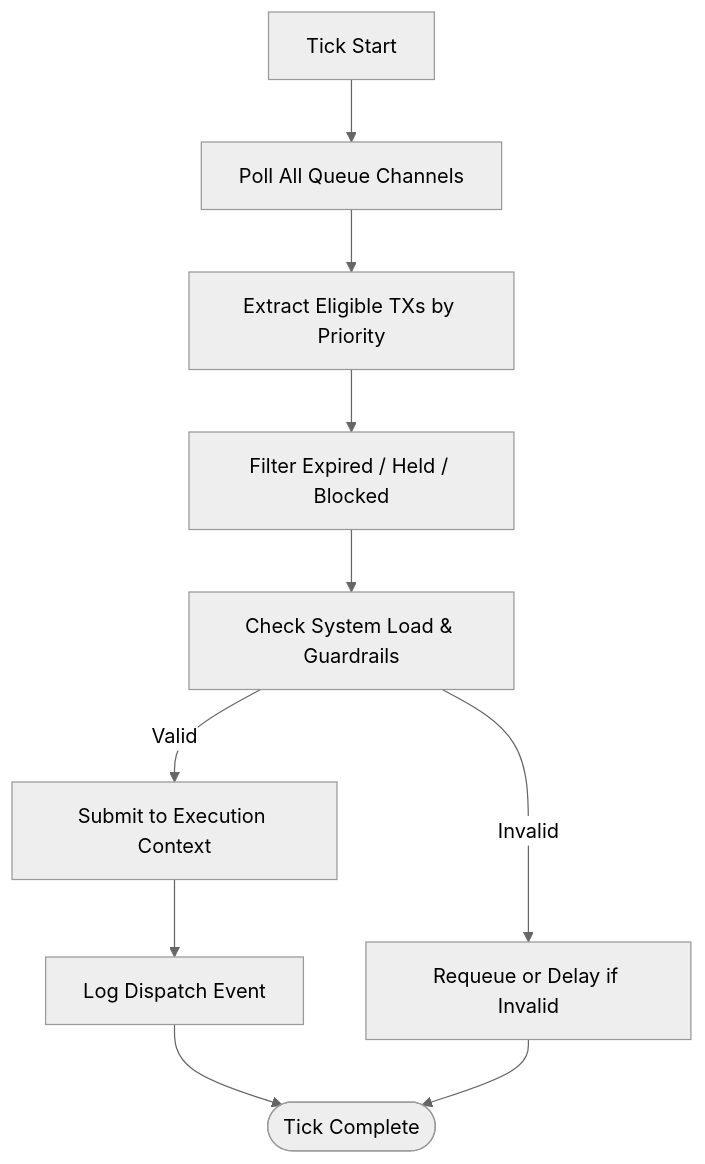
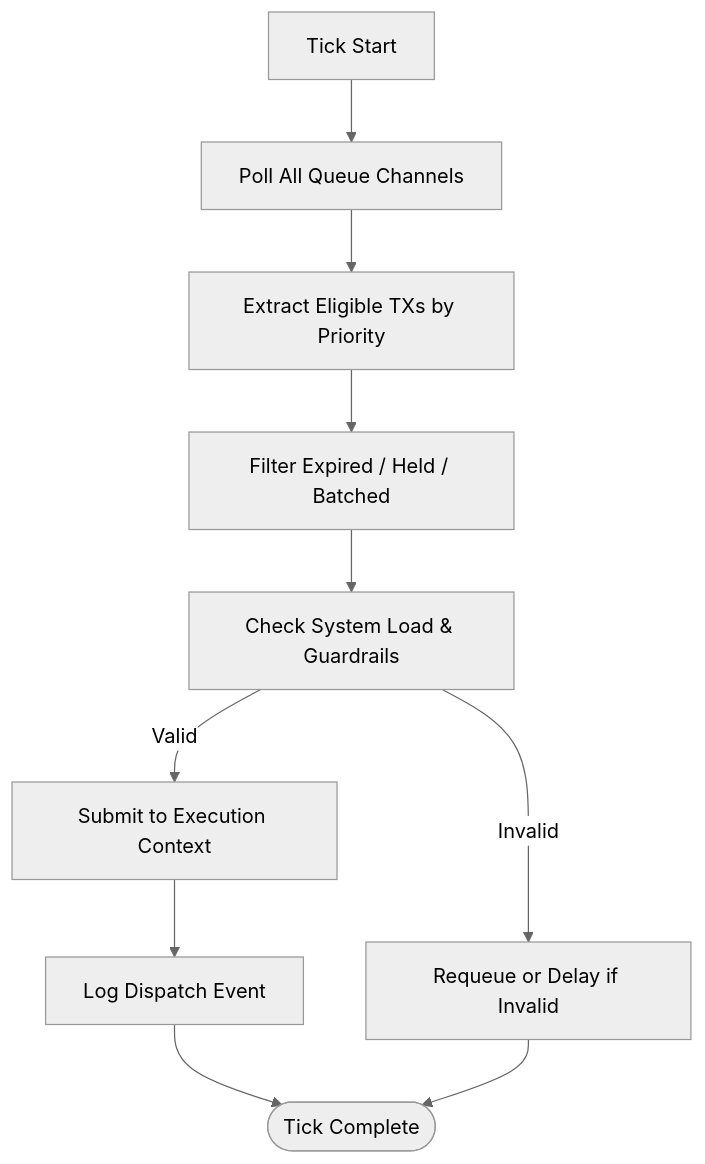
The diagram in 07_processing_layer/tx_dispatch_engine.md (Aros-Technology-Studio/AST-Aros-Financial-Paradigm), drawn with Mermaid (neutral theme) before and after one commit. The commit also changed 69 other files, not shown here.

````diff
--- a/07_processing_layer/tx_dispatch_engine.md
+++ b/07_processing_layer/tx_dispatch_engine.md
@@ -117,18 +117,18 @@
 ```mermaid
 
 flowchart TD
     Start[Tick Start]
     Poll[Poll All Queue Channels]
     Extract[Extract Eligible TXs by Priority]
-    Filter[Filter Expired / Held / Blocked]
+    Filter[Filter Expired / Held / Batched]
     Check[Check System Load & Guardrails]
     Submit[Submit to Execution Context]
     Retry[Requeue or Delay if Invalid]
     Log[Log Dispatch Event]
     End([Tick Complete])
 
     Start --> Poll --> Extract --> Filter --> Check
     Check -->|Valid| Submit --> Log --> End
     Check -->|Invalid| Retry --> End
 
 ```
````
